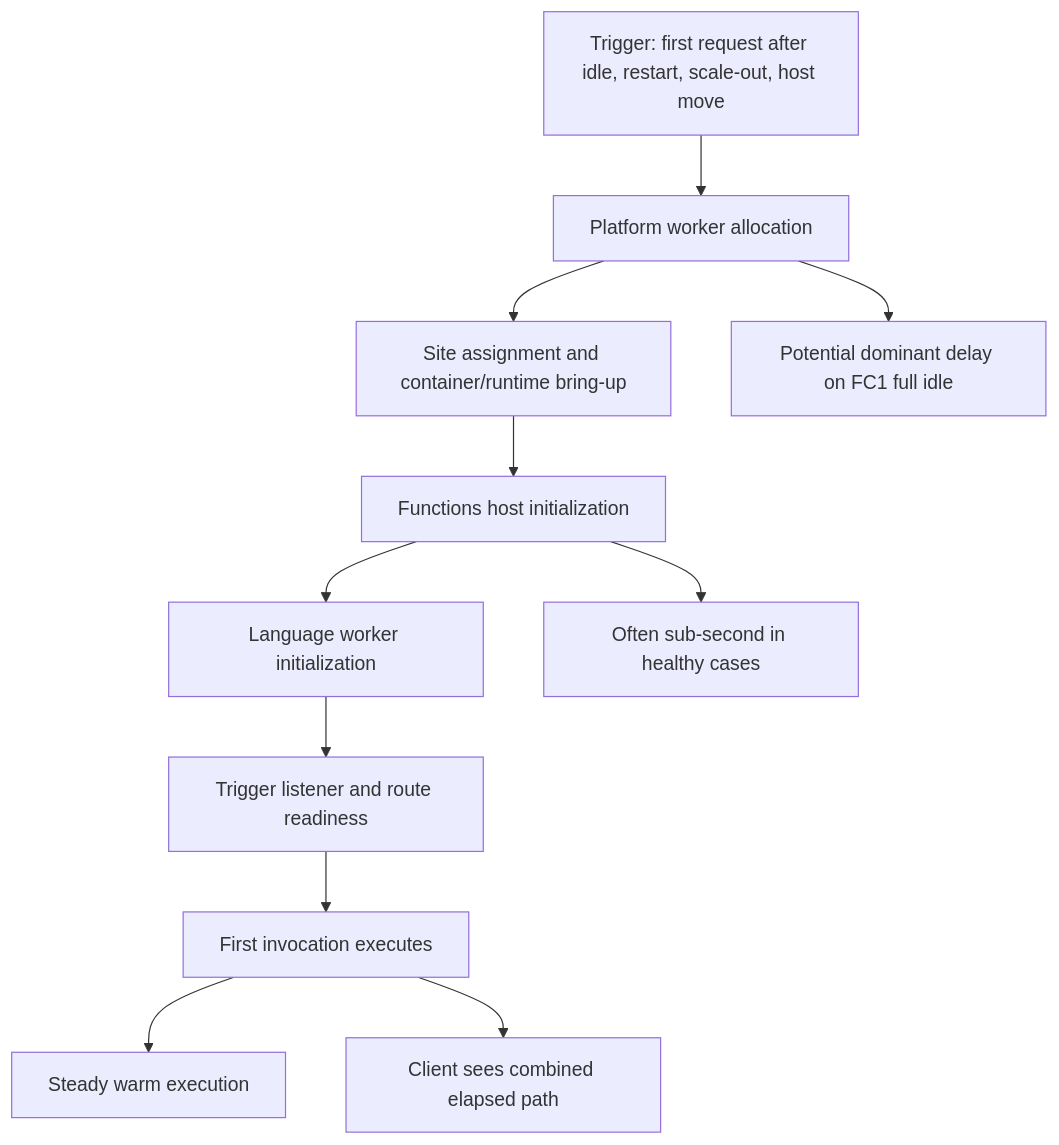
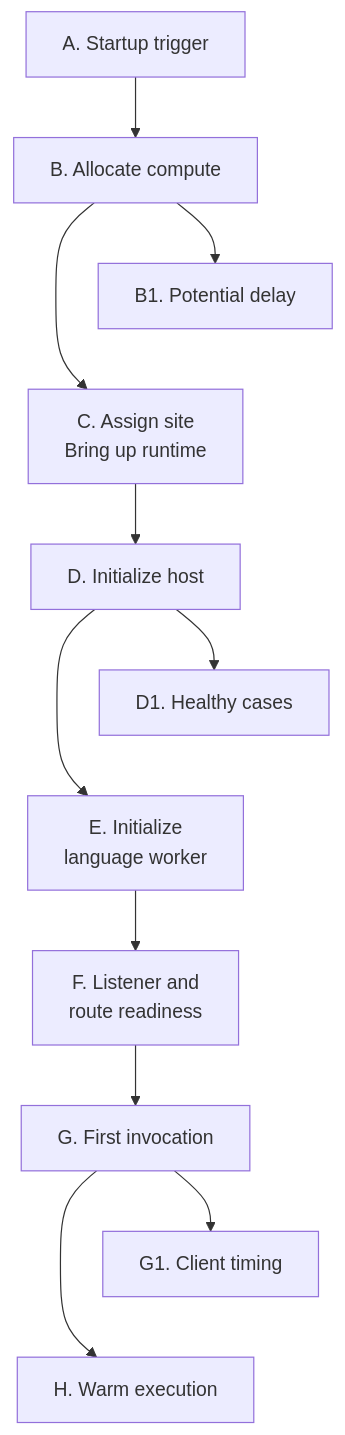
The first of 5 diagrams in docs/troubleshooting/lab-guides/cold-start.md (yeongseon/azure-functions-practical-guide), drawn with Mermaid before and after one commit. The commit also changed other lines of this file and 1 other file, not shown here.

First line of the commit message:
docs(diagrams): migrate Functions lab deployment startup — cold start (#431)

````diff
--- a/docs/troubleshooting/lab-guides/cold-start.md
+++ b/docs/troubleshooting/lab-guides/cold-start.md
@@ -110,13 +112,19 @@
 ```mermaid
 flowchart TD
-    A[Trigger: first request after idle, restart, scale-out, host move] --> B[Platform worker allocation]
-    B --> C["Site assignment and container/runtime bring-up"]
-    C --> D[Functions host initialization]
-    D --> E[Language worker initialization]
-    E --> F[Trigger listener and route readiness]
-    F --> G[First invocation executes]
-    G --> H[Steady warm execution]
-    B --> B1[Potential dominant delay on FC1 full idle]
-    D --> D1[Often sub-second in healthy cases]
-    G --> G1[Client sees combined elapsed path]
+    accTitle: Which phases contribute to first-hit latency?
+    accDescr: Illustrative phase model separating allocated compute, Functions host, language worker, listener readiness and invocation. Side boxes summarize the lab interpretation, not separately measured platform timings.
+    A["A. Startup trigger"] --> B["B. Allocate compute"]
+    B --> C["C. Assign site<br/>Bring up runtime"]
+    C --> D["D. Initialize host"]
+    D --> E["E. Initialize<br/>language worker"]
+    E --> F["F. Listener and<br/>route readiness"]
+    F --> G["G. First invocation"]
+    G --> H["H. Warm execution"]
+    B --> B1["B1. Potential delay"]
+    D --> D1["D1. Healthy cases"]
+    G --> G1["G1. Client timing"]
+    %% Layout-only anchors tier callouts; they add no startup steps or arrows.
+    B1 ~~~ C
+    D1 ~~~ E
+    G1 ~~~ H
 ```
````
